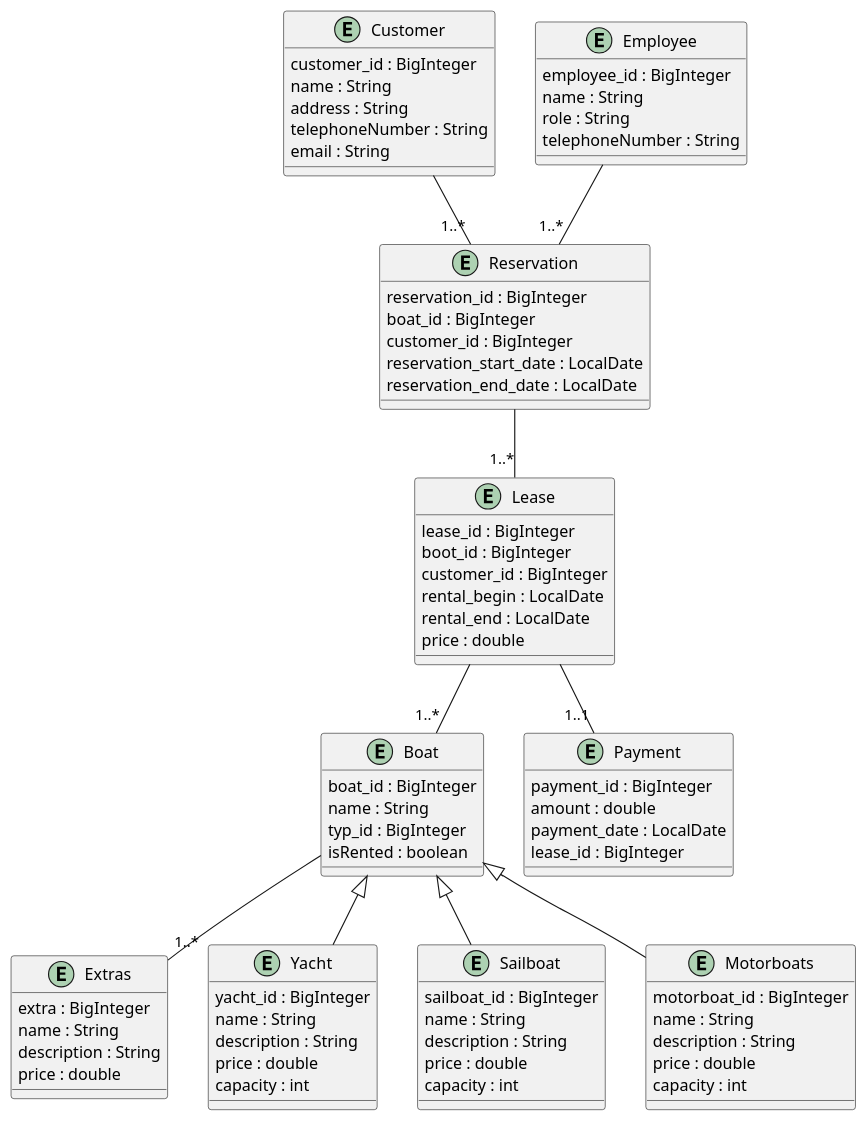
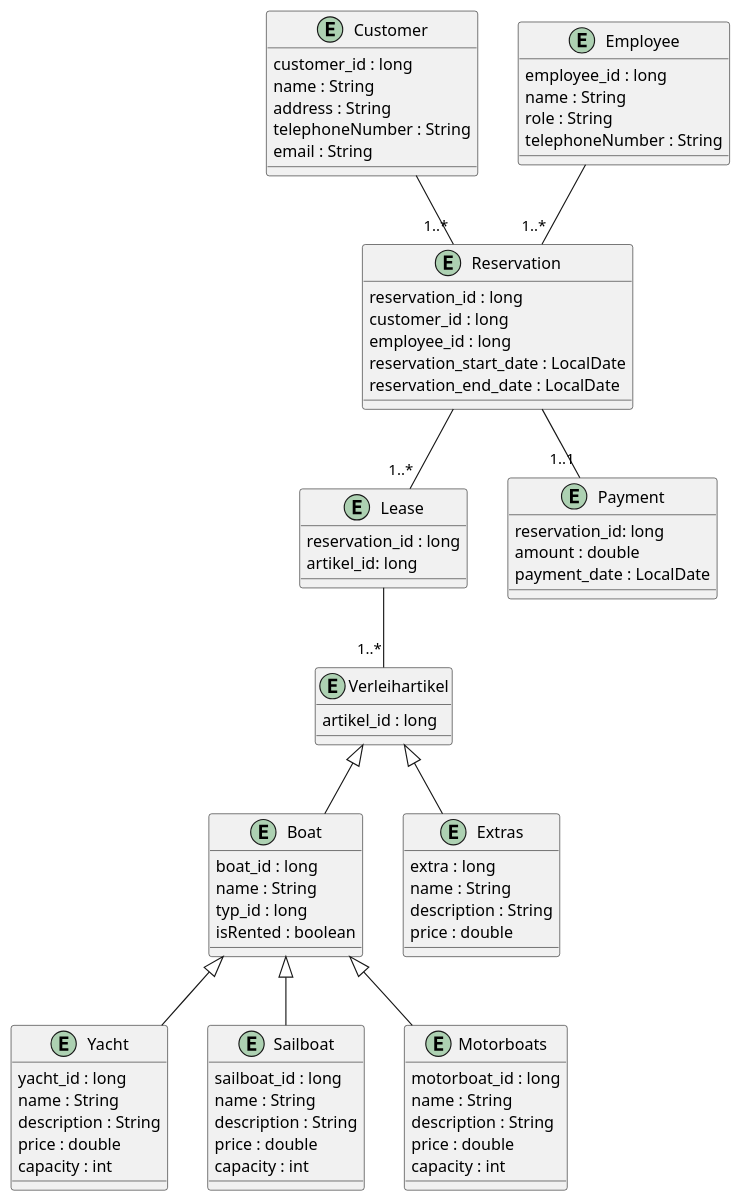
One commit to 2425-4bhitm-insy/jpa-project-v2-boat-rental changed the diagram in boat-rental/puml/boat-rental.puml. Above: the diagram before and after it, drawn with PlantUML.

Commit message:
fix: erd entitys

```diff
--- a/boat-rental/puml/boat-rental.puml
+++ b/boat-rental/puml/boat-rental.puml
@@ -1,97 +1,98 @@
 @startuml
 entity Boat {
-    boat_id : BigInteger
+    boat_id : long
     name : String
-    typ_id : BigInteger
+    typ_id : long
     isRented : boolean
 }
 
 entity Customer {
-    customer_id : BigInteger
+    customer_id : long
     name : String
     address : String
     telephoneNumber : String
     email : String
 }
 
+entity Verleihartikel {
+  artikel_id : long
+}
+
 entity Lease {
-    lease_id : BigInteger
-    boot_id : BigInteger
-    customer_id : BigInteger
-    rental_begin : LocalDate
-    rental_end : LocalDate
-    price : double
+    reservation_id : long
+    artikel_id: long
 }
 
 entity Payment {
-    payment_id : BigInteger
+    reservation_id: long
     amount : double
     payment_date : LocalDate
-    lease_id : BigInteger
 }
 
 entity Employee {
-    employee_id : BigInteger
+    employee_id : long
     name : String
     role : String
     telephoneNumber : String
 }
 
 entity Reservation {
-    reservation_id : BigInteger
-    boat_id : BigInteger
-    customer_id : BigInteger
+    reservation_id : long
+    customer_id : long
+    employee_id : long
     reservation_start_date : LocalDate
     reservation_end_date : LocalDate
 }
 
 entity Extras {
-    extra : BigInteger
+    extra : long
     name : String
     description : String
     price : double
 }
 
 entity Yacht {
-    yacht_id : BigInteger
+    yacht_id : long
     name : String
     description : String
     price : double
     capacity : int
 }
 
 entity Sailboat {
-    sailboat_id : BigInteger
+    sailboat_id : long
     name : String
     description : String
     price : double
     capacity : int
 }
 
 entity Motorboats {
-    motorboat_id : BigInteger
+    motorboat_id : long
     name : String
     description : String
     price : double
     capacity : int
 }
 
 
 ' Beziehungen
 
 Customer -- "1..*" Reservation
 Employee -- "1..*" Reservation
 
 Reservation -- "1..*" Lease
-Lease -- "1..1" Payment
+Reservation -- "1..1" Payment
 
-Lease -- "1..*" Boat
+Lease -- "1..*" Verleihartikel
 
-Boat -- "1..*" Extras
+Verleihartikel <|-- Boat
+Verleihartikel <|-- Extras
+
 
 Boat <|-- Motorboats
 Boat <|-- Sailboat
 Boat <|-- Yacht
 
 
 @enduml
```
